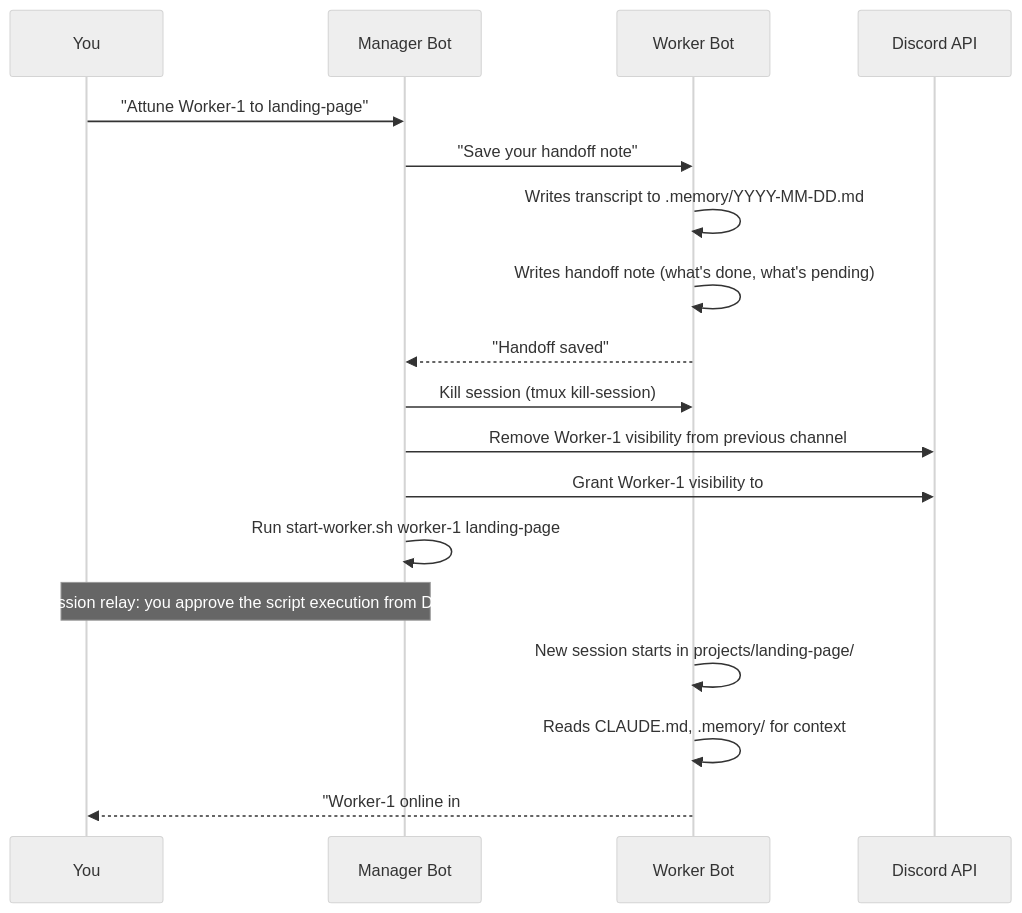
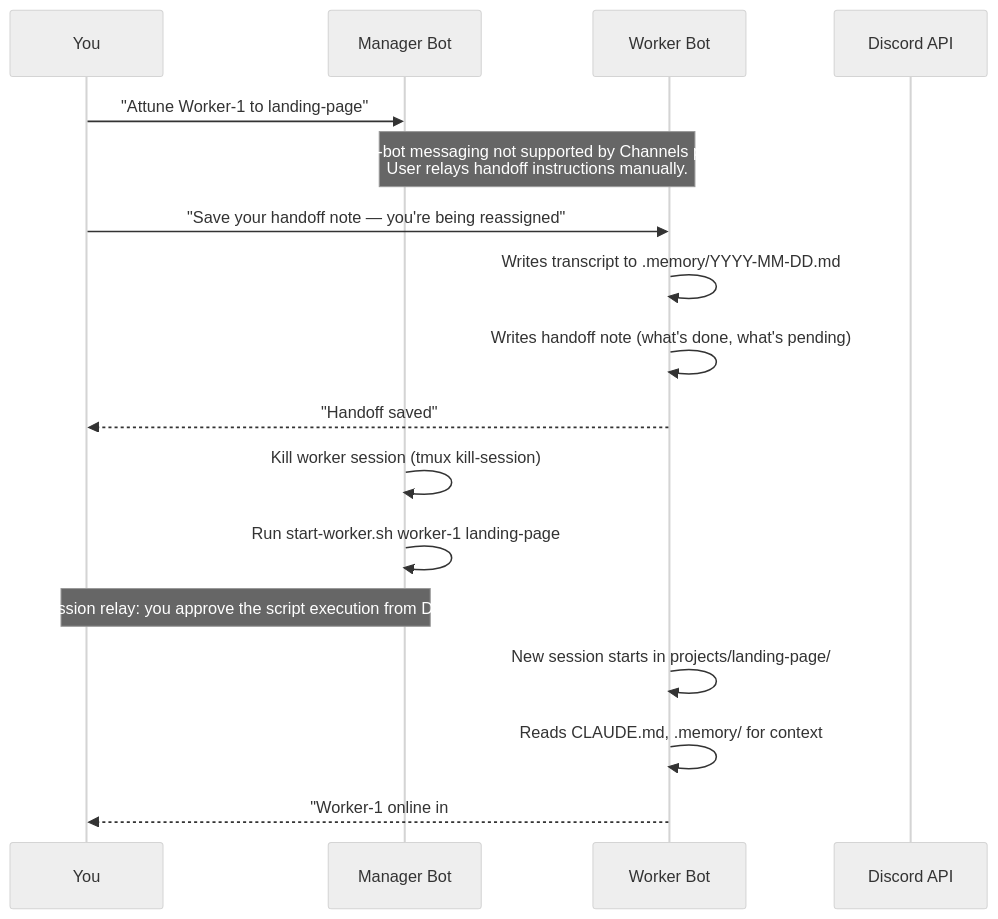
The second of 2 diagrams in docs/ARCHITECTURE.md (pmseltmann/cantrip), drawn with Mermaid (neutral theme) before and after one commit. The commit also changed other lines of this file and 22 other files, not shown here.

````diff
--- a/docs/ARCHITECTURE.md
+++ b/docs/ARCHITECTURE.md
@@ -72,21 +71,20 @@
 ```mermaid
 sequenceDiagram
     participant You
     participant Mgr as Manager Bot
     participant W as Worker Bot
     participant DC as Discord API
 
     You->>Mgr: "Attune Worker-1 to landing-page"
-    Mgr->>W: "Save your handoff note"
+    Note over Mgr,W: Bot-to-bot messaging not supported by Channels plugin.<br/>User relays handoff instructions manually.
+    You->>W: "Save your handoff note — you're being reassigned"
     W->>W: Writes transcript to .memory/YYYY-MM-DD.md
     W->>W: Writes handoff note (what's done, what's pending)
-    W-->>Mgr: "Handoff saved"
-    Mgr->>W: Kill session (tmux kill-session)
-    Mgr->>DC: Remove Worker-1 visibility from previous channel
-    Mgr->>DC: Grant Worker-1 visibility to #landing-page
+    W-->>You: "Handoff saved"
+    Mgr->>Mgr: Kill worker session (tmux kill-session)
     Mgr->>Mgr: Run start-worker.sh worker-1 landing-page
     Note over You,Mgr: Permission relay: you approve the script execution from Discord
     W->>W: New session starts in projects/landing-page/
     W->>W: Reads CLAUDE.md, .memory/ for context
     W-->>You: "Worker-1 online in #landing-page. Ready."
 ```
````
